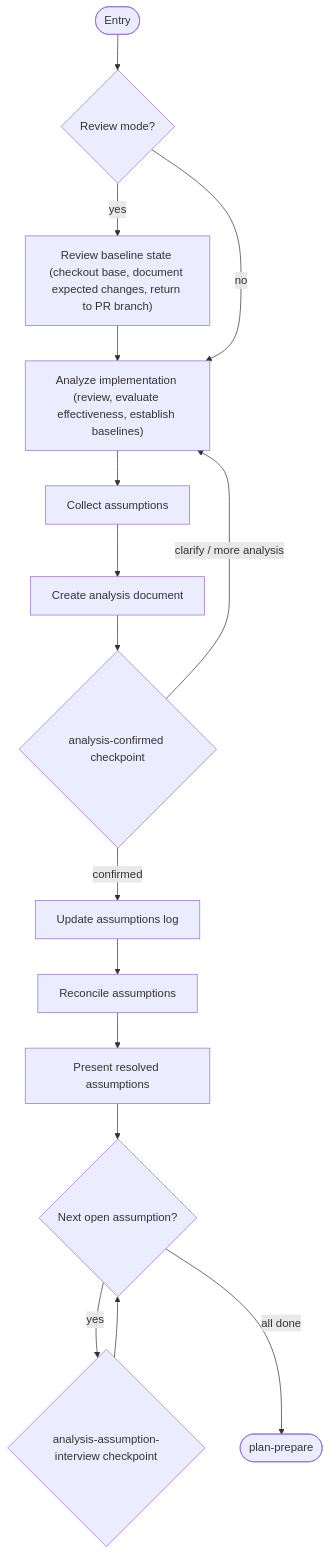
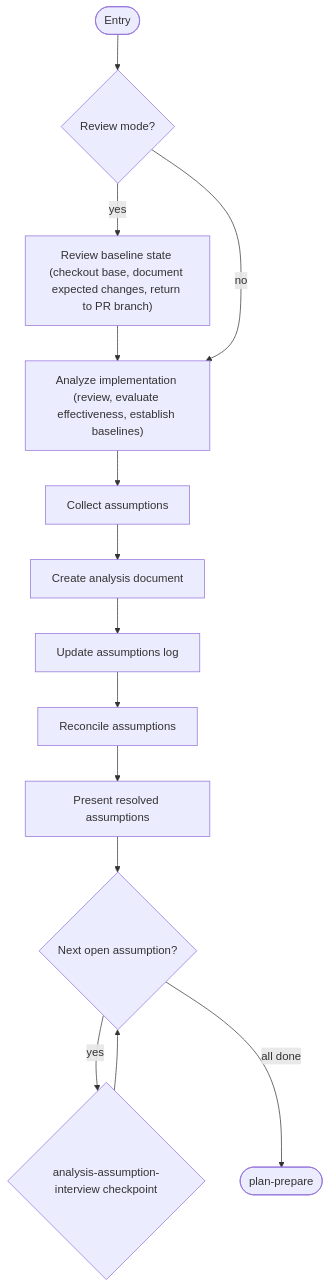
Before and after one commit to m2ux/workflow-server: the sixth of 15 diagrams in work-package/activities/README.md, drawn with Mermaid. The commit also changed other lines of this file and 52 other files, not shown here.

````diff
--- a/work-package/activities/README.md
+++ b/work-package/activities/README.md
@@ -185,20 +185,18 @@
 ```mermaid
 graph TD
     entryNode(["Entry"]) --> reviewMode{"Review mode?"}
     reviewMode -->|"yes"| reviewBaseline["Review baseline state (checkout base, document expected changes, return to PR branch)"]
     reviewBaseline --> reviewImpl
     reviewMode -->|"no"| reviewImpl["Analyze implementation (review, evaluate effectiveness, establish baselines)"]
 
     reviewImpl --> collectAssumptions["Collect assumptions"]
     collectAssumptions --> createDoc["Create analysis document"]
-    createDoc --> cpAnalysis{"analysis-confirmed checkpoint"}
-    cpAnalysis -->|"confirmed"| updateLog["Update assumptions log"]
-    cpAnalysis -->|"clarify / more analysis"| reviewImpl
+    createDoc --> updateLog["Update assumptions log"]
 
     updateLog --> reconcile["Reconcile assumptions"]
     reconcile --> presentResolved["Present resolved assumptions"]
     presentResolved --> interviewLoop{"Next open assumption?"}
     interviewLoop -->|"yes"| cpInterview{"analysis-assumption-interview checkpoint"}
     cpInterview --> interviewLoop
     interviewLoop -->|"all done"| exitNode(["plan-prepare"])
 ```
````
